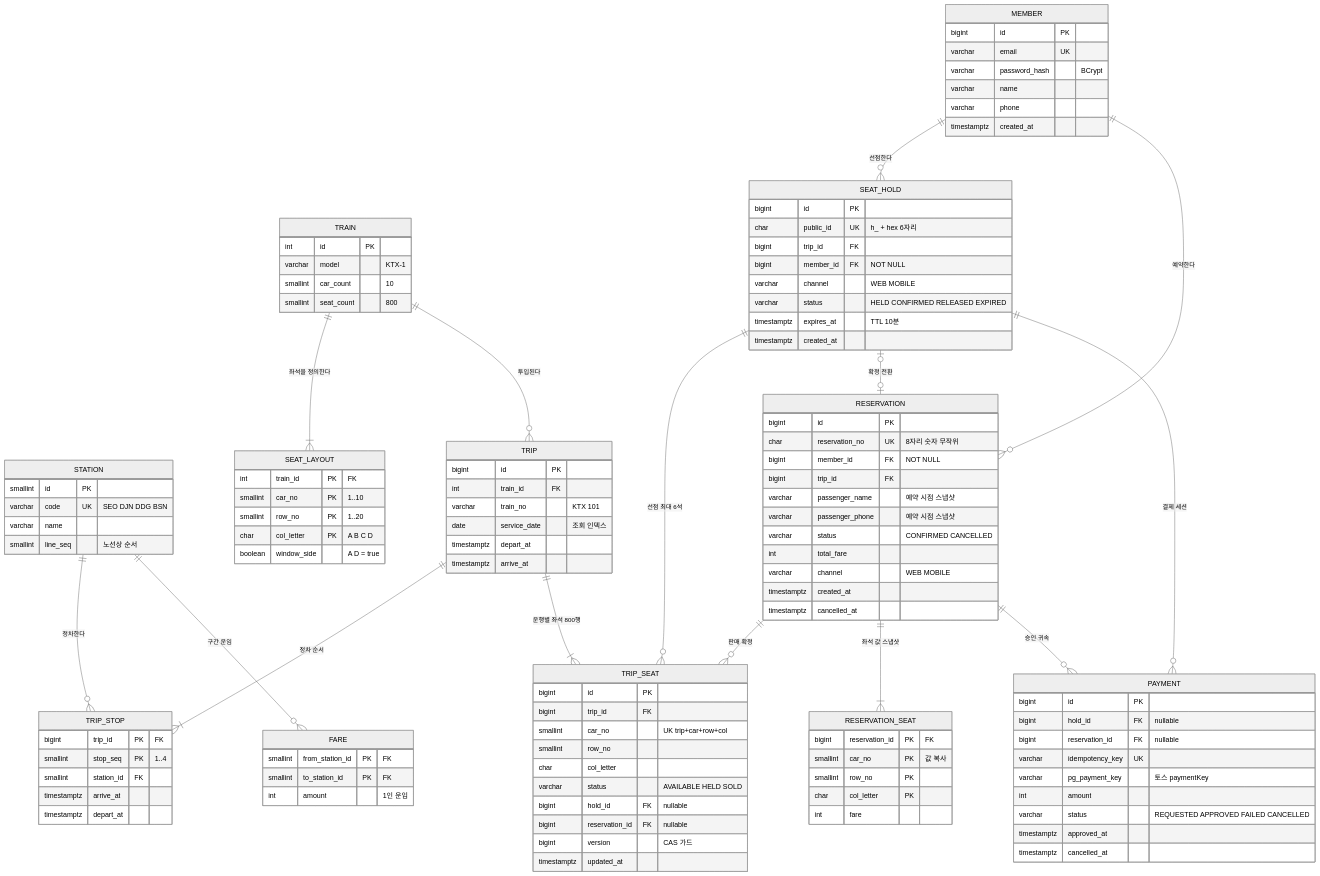
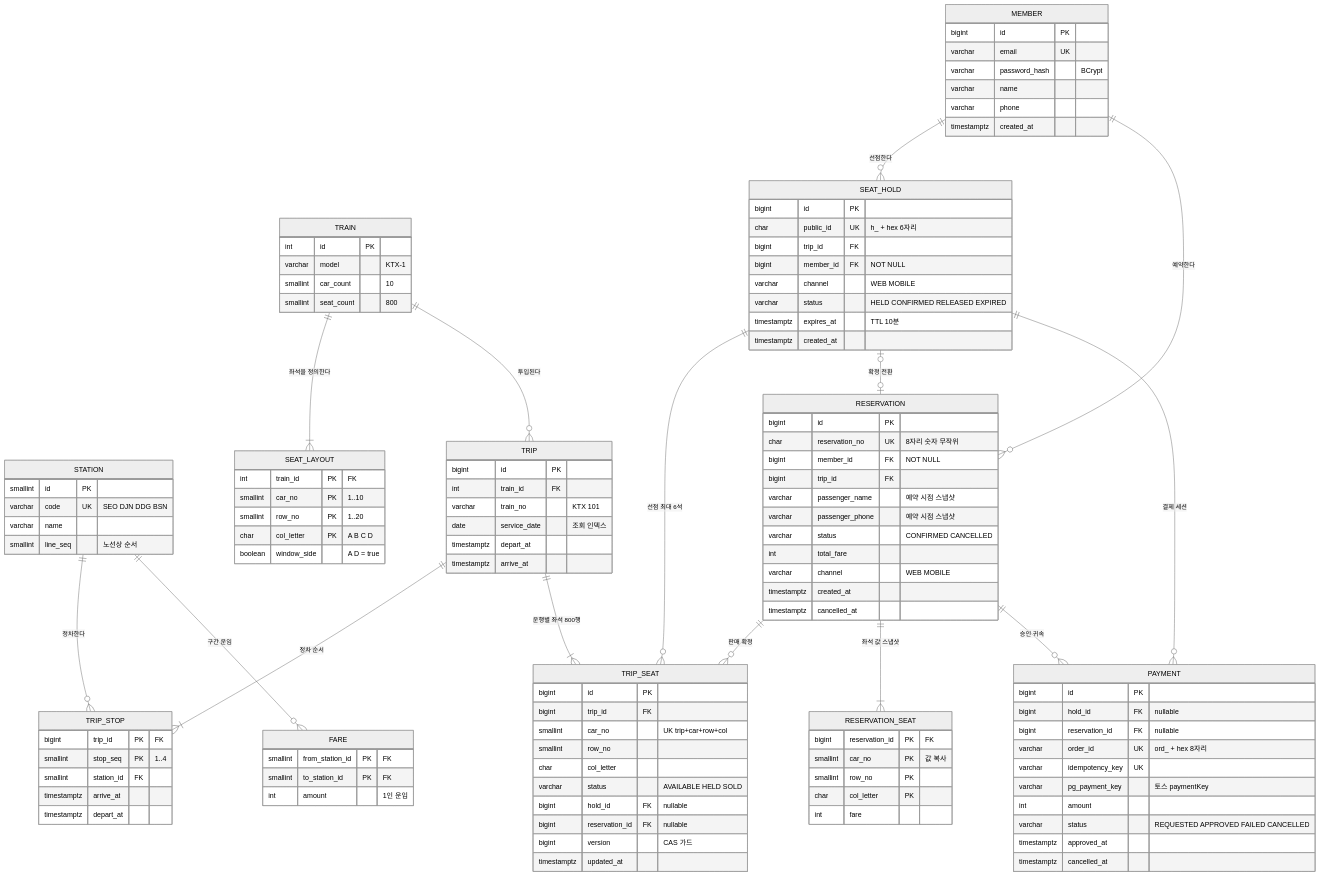
Before and after one commit to jomin4/pi-reservation-system: the first of 5 diagrams in docs/data.md, drawn with Mermaid (neutral theme). The commit also changed other lines of this file and 3 other files, not shown here.

```diff
--- a/docs/data.md
+++ b/docs/data.md
@@ -160,6 +160,7 @@
         bigint id PK
         bigint hold_id FK "nullable"
         bigint reservation_id FK "nullable"
+        varchar order_id UK "ord_ + hex 8자리"
         varchar idempotency_key UK
         varchar pg_payment_key "토스 paymentKey"
         int amount
```
